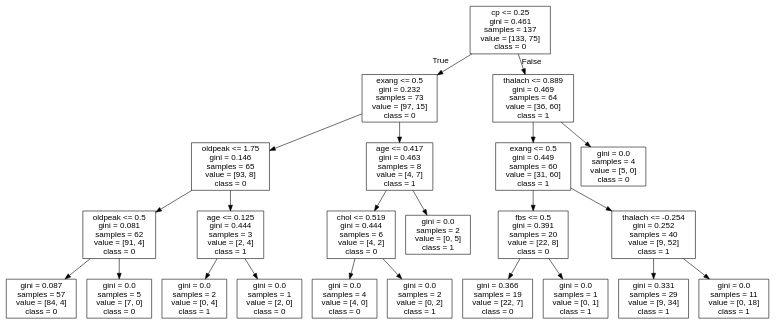
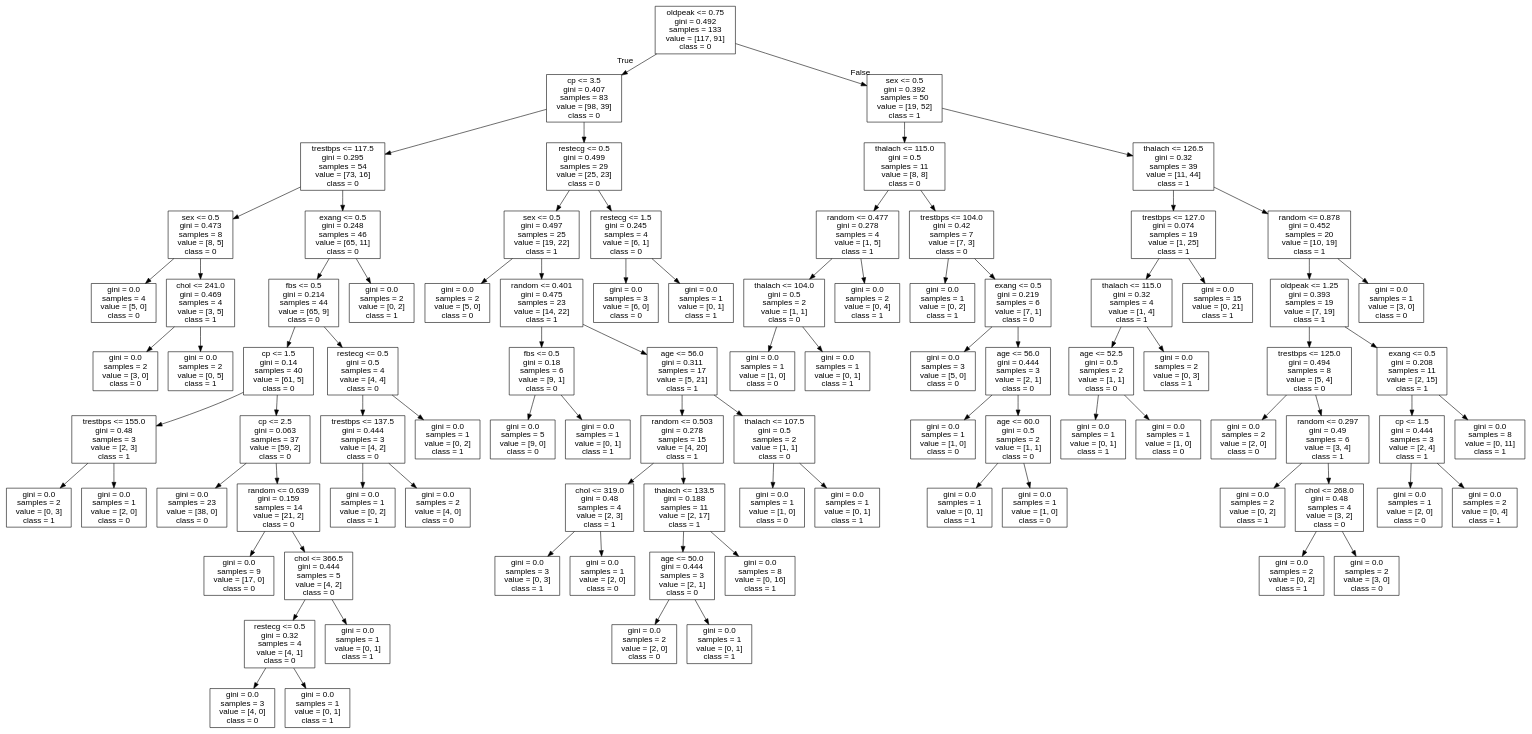
Before and after one commit to cyrilvincent/ML: the diagram in data/heartdisease/tree.dot, drawn with Graphviz. The commit also changed 2 other files, not shown here.

```diff
--- a/data/heartdisease/tree.dot
+++ b/data/heartdisease/tree.dot
@@ -1,49 +1,185 @@
 digraph Tree {
 node [shape=box, fontname="helvetica"] ;
 edge [fontname="helvetica"] ;
-0 [label="cp <= 0.25\ngini = 0.461\nsamples = 137\nvalue = [133, 75]\nclass = 0"] ;
-1 [label="exang <= 0.5\ngini = 0.232\nsamples = 73\nvalue = [97, 15]\nclass = 0"] ;
+0 [label="oldpeak <= 0.75\ngini = 0.492\nsamples = 133\nvalue = [117, 91]\nclass = 0"] ;
+1 [label="cp <= 3.5\ngini = 0.407\nsamples = 83\nvalue = [98, 39]\nclass = 0"] ;
 0 -> 1 [labeldistance=2.5, labelangle=45, headlabel="True"] ;
-2 [label="oldpeak <= 1.75\ngini = 0.146\nsamples = 65\nvalue = [93, 8]\nclass = 0"] ;
+2 [label="trestbps <= 117.5\ngini = 0.295\nsamples = 54\nvalue = [73, 16]\nclass = 0"] ;
 1 -> 2 ;
-3 [label="oldpeak <= 0.5\ngini = 0.081\nsamples = 62\nvalue = [91, 4]\nclass = 0"] ;
+3 [label="sex <= 0.5\ngini = 0.473\nsamples = 8\nvalue = [8, 5]\nclass = 0"] ;
 2 -> 3 ;
-4 [label="gini = 0.087\nsamples = 57\nvalue = [84, 4]\nclass = 0"] ;
+4 [label="gini = 0.0\nsamples = 4\nvalue = [5, 0]\nclass = 0"] ;
 3 -> 4 ;
-5 [label="gini = 0.0\nsamples = 5\nvalue = [7, 0]\nclass = 0"] ;
+5 [label="chol <= 241.0\ngini = 0.469\nsamples = 4\nvalue = [3, 5]\nclass = 1"] ;
 3 -> 5 ;
-6 [label="age <= 0.125\ngini = 0.444\nsamples = 3\nvalue = [2, 4]\nclass = 1"] ;
-2 -> 6 ;
-7 [label="gini = 0.0\nsamples = 2\nvalue = [0, 4]\nclass = 1"] ;
-6 -> 7 ;
-8 [label="gini = 0.0\nsamples = 1\nvalue = [2, 0]\nclass = 0"] ;
-6 -> 8 ;
-9 [label="age <= 0.417\ngini = 0.463\nsamples = 8\nvalue = [4, 7]\nclass = 1"] ;
-1 -> 9 ;
-10 [label="chol <= 0.519\ngini = 0.444\nsamples = 6\nvalue = [4, 2]\nclass = 0"] ;
+6 [label="gini = 0.0\nsamples = 2\nvalue = [3, 0]\nclass = 0"] ;
+5 -> 6 ;
+7 [label="gini = 0.0\nsamples = 2\nvalue = [0, 5]\nclass = 1"] ;
+5 -> 7 ;
+8 [label="exang <= 0.5\ngini = 0.248\nsamples = 46\nvalue = [65, 11]\nclass = 0"] ;
+2 -> 8 ;
+9 [label="fbs <= 0.5\ngini = 0.214\nsamples = 44\nvalue = [65, 9]\nclass = 0"] ;
+8 -> 9 ;
+10 [label="cp <= 1.5\ngini = 0.14\nsamples = 40\nvalue = [61, 5]\nclass = 0"] ;
 9 -> 10 ;
-11 [label="gini = 0.0\nsamples = 4\nvalue = [4, 0]\nclass = 0"] ;
+11 [label="trestbps <= 155.0\ngini = 0.48\nsamples = 3\nvalue = [2, 3]\nclass = 1"] ;
 10 -> 11 ;
-12 [label="gini = 0.0\nsamples = 2\nvalue = [0, 2]\nclass = 1"] ;
-10 -> 12 ;
-13 [label="gini = 0.0\nsamples = 2\nvalue = [0, 5]\nclass = 1"] ;
-9 -> 13 ;
-14 [label="thalach <= 0.889\ngini = 0.469\nsamples = 64\nvalue = [36, 60]\nclass = 1"] ;
-0 -> 14 [labeldistance=2.5, labelangle=-45, headlabel="False"] ;
-15 [label="exang <= 0.5\ngini = 0.449\nsamples = 60\nvalue = [31, 60]\nclass = 1"] ;
+12 [label="gini = 0.0\nsamples = 2\nvalue = [0, 3]\nclass = 1"] ;
+11 -> 12 ;
+13 [label="gini = 0.0\nsamples = 1\nvalue = [2, 0]\nclass = 0"] ;
+11 -> 13 ;
+14 [label="cp <= 2.5\ngini = 0.063\nsamples = 37\nvalue = [59, 2]\nclass = 0"] ;
+10 -> 14 ;
+15 [label="gini = 0.0\nsamples = 23\nvalue = [38, 0]\nclass = 0"] ;
 14 -> 15 ;
-16 [label="fbs <= 0.5\ngini = 0.391\nsamples = 20\nvalue = [22, 8]\nclass = 0"] ;
-15 -> 16 ;
-17 [label="gini = 0.366\nsamples = 19\nvalue = [22, 7]\nclass = 0"] ;
+16 [label="random <= 0.639\ngini = 0.159\nsamples = 14\nvalue = [21, 2]\nclass = 0"] ;
+14 -> 16 ;
+17 [label="gini = 0.0\nsamples = 9\nvalue = [17, 0]\nclass = 0"] ;
 16 -> 17 ;
-18 [label="gini = 0.0\nsamples = 1\nvalue = [0, 1]\nclass = 1"] ;
+18 [label="chol <= 366.5\ngini = 0.444\nsamples = 5\nvalue = [4, 2]\nclass = 0"] ;
 16 -> 18 ;
-19 [label="thalach <= -0.254\ngini = 0.252\nsamples = 40\nvalue = [9, 52]\nclass = 1"] ;
-15 -> 19 ;
-20 [label="gini = 0.331\nsamples = 29\nvalue = [9, 34]\nclass = 1"] ;
+19 [label="restecg <= 0.5\ngini = 0.32\nsamples = 4\nvalue = [4, 1]\nclass = 0"] ;
+18 -> 19 ;
+20 [label="gini = 0.0\nsamples = 3\nvalue = [4, 0]\nclass = 0"] ;
 19 -> 20 ;
-21 [label="gini = 0.0\nsamples = 11\nvalue = [0, 18]\nclass = 1"] ;
+21 [label="gini = 0.0\nsamples = 1\nvalue = [0, 1]\nclass = 1"] ;
 19 -> 21 ;
-22 [label="gini = 0.0\nsamples = 4\nvalue = [5, 0]\nclass = 0"] ;
-14 -> 22 ;
+22 [label="gini = 0.0\nsamples = 1\nvalue = [0, 1]\nclass = 1"] ;
+18 -> 22 ;
+23 [label="restecg <= 0.5\ngini = 0.5\nsamples = 4\nvalue = [4, 4]\nclass = 0"] ;
+9 -> 23 ;
+24 [label="trestbps <= 137.5\ngini = 0.444\nsamples = 3\nvalue = [4, 2]\nclass = 0"] ;
+23 -> 24 ;
+25 [label="gini = 0.0\nsamples = 1\nvalue = [0, 2]\nclass = 1"] ;
+24 -> 25 ;
+26 [label="gini = 0.0\nsamples = 2\nvalue = [4, 0]\nclass = 0"] ;
+24 -> 26 ;
+27 [label="gini = 0.0\nsamples = 1\nvalue = [0, 2]\nclass = 1"] ;
+23 -> 27 ;
+28 [label="gini = 0.0\nsamples = 2\nvalue = [0, 2]\nclass = 1"] ;
+8 -> 28 ;
+29 [label="restecg <= 0.5\ngini = 0.499\nsamples = 29\nvalue = [25, 23]\nclass = 0"] ;
+1 -> 29 ;
+30 [label="sex <= 0.5\ngini = 0.497\nsamples = 25\nvalue = [19, 22]\nclass = 1"] ;
+29 -> 30 ;
+31 [label="gini = 0.0\nsamples = 2\nvalue = [5, 0]\nclass = 0"] ;
+30 -> 31 ;
+32 [label="random <= 0.401\ngini = 0.475\nsamples = 23\nvalue = [14, 22]\nclass = 1"] ;
+30 -> 32 ;
+33 [label="fbs <= 0.5\ngini = 0.18\nsamples = 6\nvalue = [9, 1]\nclass = 0"] ;
+32 -> 33 ;
+34 [label="gini = 0.0\nsamples = 5\nvalue = [9, 0]\nclass = 0"] ;
+33 -> 34 ;
+35 [label="gini = 0.0\nsamples = 1\nvalue = [0, 1]\nclass = 1"] ;
+33 -> 35 ;
+36 [label="age <= 56.0\ngini = 0.311\nsamples = 17\nvalue = [5, 21]\nclass = 1"] ;
+32 -> 36 ;
+37 [label="random <= 0.503\ngini = 0.278\nsamples = 15\nvalue = [4, 20]\nclass = 1"] ;
+36 -> 37 ;
+38 [label="chol <= 319.0\ngini = 0.48\nsamples = 4\nvalue = [2, 3]\nclass = 1"] ;
+37 -> 38 ;
+39 [label="gini = 0.0\nsamples = 3\nvalue = [0, 3]\nclass = 1"] ;
+38 -> 39 ;
+40 [label="gini = 0.0\nsamples = 1\nvalue = [2, 0]\nclass = 0"] ;
+38 -> 40 ;
+41 [label="thalach <= 133.5\ngini = 0.188\nsamples = 11\nvalue = [2, 17]\nclass = 1"] ;
+37 -> 41 ;
+42 [label="age <= 50.0\ngini = 0.444\nsamples = 3\nvalue = [2, 1]\nclass = 0"] ;
+41 -> 42 ;
+43 [label="gini = 0.0\nsamples = 2\nvalue = [2, 0]\nclass = 0"] ;
+42 -> 43 ;
+44 [label="gini = 0.0\nsamples = 1\nvalue = [0, 1]\nclass = 1"] ;
+42 -> 44 ;
+45 [label="gini = 0.0\nsamples = 8\nvalue = [0, 16]\nclass = 1"] ;
+41 -> 45 ;
+46 [label="thalach <= 107.5\ngini = 0.5\nsamples = 2\nvalue = [1, 1]\nclass = 0"] ;
+36 -> 46 ;
+47 [label="gini = 0.0\nsamples = 1\nvalue = [1, 0]\nclass = 0"] ;
+46 -> 47 ;
+48 [label="gini = 0.0\nsamples = 1\nvalue = [0, 1]\nclass = 1"] ;
+46 -> 48 ;
+49 [label="restecg <= 1.5\ngini = 0.245\nsamples = 4\nvalue = [6, 1]\nclass = 0"] ;
+29 -> 49 ;
+50 [label="gini = 0.0\nsamples = 3\nvalue = [6, 0]\nclass = 0"] ;
+49 -> 50 ;
+51 [label="gini = 0.0\nsamples = 1\nvalue = [0, 1]\nclass = 1"] ;
+49 -> 51 ;
+52 [label="sex <= 0.5\ngini = 0.392\nsamples = 50\nvalue = [19, 52]\nclass = 1"] ;
+0 -> 52 [labeldistance=2.5, labelangle=-45, headlabel="False"] ;
+53 [label="thalach <= 115.0\ngini = 0.5\nsamples = 11\nvalue = [8, 8]\nclass = 0"] ;
+52 -> 53 ;
+54 [label="random <= 0.477\ngini = 0.278\nsamples = 4\nvalue = [1, 5]\nclass = 1"] ;
+53 -> 54 ;
+55 [label="thalach <= 104.0\ngini = 0.5\nsamples = 2\nvalue = [1, 1]\nclass = 0"] ;
+54 -> 55 ;
+56 [label="gini = 0.0\nsamples = 1\nvalue = [1, 0]\nclass = 0"] ;
+55 -> 56 ;
+57 [label="gini = 0.0\nsamples = 1\nvalue = [0, 1]\nclass = 1"] ;
+55 -> 57 ;
+58 [label="gini = 0.0\nsamples = 2\nvalue = [0, 4]\nclass = 1"] ;
+54 -> 58 ;
+59 [label="trestbps <= 104.0\ngini = 0.42\nsamples = 7\nvalue = [7, 3]\nclass = 0"] ;
+53 -> 59 ;
+60 [label="gini = 0.0\nsamples = 1\nvalue = [0, 2]\nclass = 1"] ;
+59 -> 60 ;
+61 [label="exang <= 0.5\ngini = 0.219\nsamples = 6\nvalue = [7, 1]\nclass = 0"] ;
+59 -> 61 ;
+62 [label="gini = 0.0\nsamples = 3\nvalue = [5, 0]\nclass = 0"] ;
+61 -> 62 ;
+63 [label="age <= 56.0\ngini = 0.444\nsamples = 3\nvalue = [2, 1]\nclass = 0"] ;
+61 -> 63 ;
+64 [label="gini = 0.0\nsamples = 1\nvalue = [1, 0]\nclass = 0"] ;
+63 -> 64 ;
+65 [label="age <= 60.0\ngini = 0.5\nsamples = 2\nvalue = [1, 1]\nclass = 0"] ;
+63 -> 65 ;
+66 [label="gini = 0.0\nsamples = 1\nvalue = [0, 1]\nclass = 1"] ;
+65 -> 66 ;
+67 [label="gini = 0.0\nsamples = 1\nvalue = [1, 0]\nclass = 0"] ;
+65 -> 67 ;
+68 [label="thalach <= 126.5\ngini = 0.32\nsamples = 39\nvalue = [11, 44]\nclass = 1"] ;
+52 -> 68 ;
+69 [label="trestbps <= 127.0\ngini = 0.074\nsamples = 19\nvalue = [1, 25]\nclass = 1"] ;
+68 -> 69 ;
+70 [label="thalach <= 115.0\ngini = 0.32\nsamples = 4\nvalue = [1, 4]\nclass = 1"] ;
+69 -> 70 ;
+71 [label="age <= 52.5\ngini = 0.5\nsamples = 2\nvalue = [1, 1]\nclass = 0"] ;
+70 -> 71 ;
+72 [label="gini = 0.0\nsamples = 1\nvalue = [0, 1]\nclass = 1"] ;
+71 -> 72 ;
+73 [label="gini = 0.0\nsamples = 1\nvalue = [1, 0]\nclass = 0"] ;
+71 -> 73 ;
+74 [label="gini = 0.0\nsamples = 2\nvalue = [0, 3]\nclass = 1"] ;
+70 -> 74 ;
+75 [label="gini = 0.0\nsamples = 15\nvalue = [0, 21]\nclass = 1"] ;
+69 -> 75 ;
+76 [label="random <= 0.878\ngini = 0.452\nsamples = 20\nvalue = [10, 19]\nclass = 1"] ;
+68 -> 76 ;
+77 [label="oldpeak <= 1.25\ngini = 0.393\nsamples = 19\nvalue = [7, 19]\nclass = 1"] ;
+76 -> 77 ;
+78 [label="trestbps <= 125.0\ngini = 0.494\nsamples = 8\nvalue = [5, 4]\nclass = 0"] ;
+77 -> 78 ;
+79 [label="gini = 0.0\nsamples = 2\nvalue = [2, 0]\nclass = 0"] ;
+78 -> 79 ;
+80 [label="random <= 0.297\ngini = 0.49\nsamples = 6\nvalue = [3, 4]\nclass = 1"] ;
+78 -> 80 ;
+81 [label="gini = 0.0\nsamples = 2\nvalue = [0, 2]\nclass = 1"] ;
+80 -> 81 ;
+82 [label="chol <= 268.0\ngini = 0.48\nsamples = 4\nvalue = [3, 2]\nclass = 0"] ;
+80 -> 82 ;
+83 [label="gini = 0.0\nsamples = 2\nvalue = [0, 2]\nclass = 1"] ;
+82 -> 83 ;
+84 [label="gini = 0.0\nsamples = 2\nvalue = [3, 0]\nclass = 0"] ;
+82 -> 84 ;
+85 [label="exang <= 0.5\ngini = 0.208\nsamples = 11\nvalue = [2, 15]\nclass = 1"] ;
+77 -> 85 ;
+86 [label="cp <= 1.5\ngini = 0.444\nsamples = 3\nvalue = [2, 4]\nclass = 1"] ;
+85 -> 86 ;
+87 [label="gini = 0.0\nsamples = 1\nvalue = [2, 0]\nclass = 0"] ;
+86 -> 87 ;
+88 [label="gini = 0.0\nsamples = 2\nvalue = [0, 4]\nclass = 1"] ;
+86 -> 88 ;
+89 [label="gini = 0.0\nsamples = 8\nvalue = [0, 11]\nclass = 1"] ;
+85 -> 89 ;
+90 [label="gini = 0.0\nsamples = 1\nvalue = [3, 0]\nclass = 0"] ;
+76 -> 90 ;
 }
```
